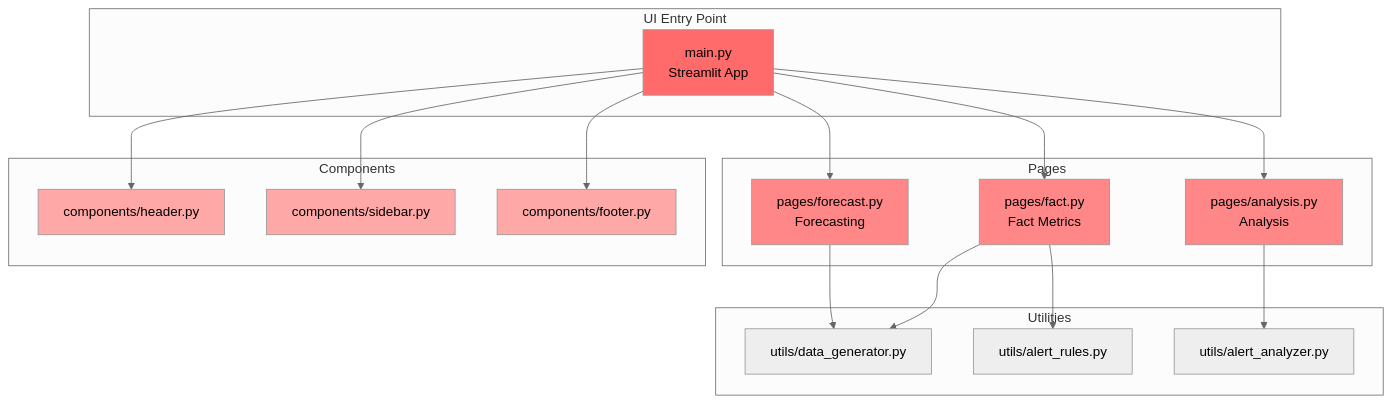
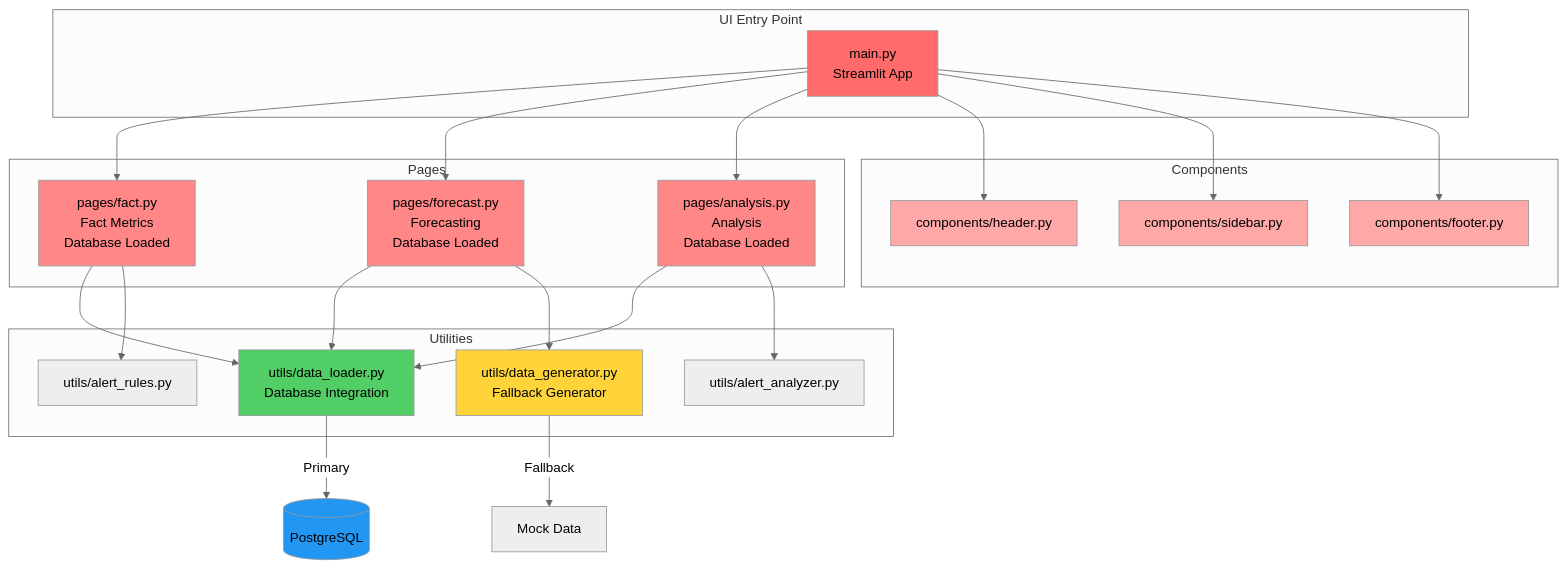
The third of 16 diagrams in docs/ARCHITECTURE.md (sweetd0vee/dashboard), drawn with Mermaid (neutral theme) before and after one commit. The commit also changed other lines of this file, not shown here.

Commit message:
added architecture

````diff
--- a/docs/ARCHITECTURE.md
+++ b/docs/ARCHITECTURE.md
@@ -136,44 +167,53 @@
 ```mermaid
 graph TB
     subgraph "UI Entry Point"
         MainUI[main.py<br/>Streamlit App]
     end
     
     subgraph "Pages"
-        Fact[pages/fact.py<br/>Fact Metrics]
-        Forecast[pages/forecast.py<br/>Forecasting]
-        Analysis[pages/analysis.py<br/>Analysis]
+        Fact[pages/fact.py<br/>Fact Metrics<br/>Database Loaded]
+        Forecast[pages/forecast.py<br/>Forecasting<br/>Database Loaded]
+        Analysis[pages/analysis.py<br/>Analysis<br/>Database Loaded]
     end
     
     subgraph "Components"
         Header[components/header.py]
         Sidebar[components/sidebar.py]
         Footer[components/footer.py]
     end
     
     subgraph "Utilities"
-        DataGen[utils/data_generator.py]
+        DataLoader[utils/data_loader.py<br/>Database Integration]
+        DataGen[utils/data_generator.py<br/>Fallback Generator]
         Alerts[utils/alert_rules.py]
         Analyzer[utils/alert_analyzer.py]
     end
     
     MainUI --> Fact
     MainUI --> Forecast
     MainUI --> Analysis
     MainUI --> Header
     MainUI --> Sidebar
     MainUI --> Footer
     
-    Fact --> DataGen
+    Fact --> DataLoader
     Fact --> Alerts
+    Forecast --> DataLoader
     Forecast --> DataGen
+    Analysis --> DataLoader
     Analysis --> Analyzer
+    
+    DataLoader -->|Primary| DB[(PostgreSQL)]
+    DataGen -->|Fallback| MockData[Mock Data]
     
     style MainUI fill:#ff6b6b
     style Fact fill:#ff8787
     style Forecast fill:#ff8787
     style Analysis fill:#ff8787
     style Header fill:#ffa8a8
     style Sidebar fill:#ffa8a8
     style Footer fill:#ffa8a8
+    style DataLoader fill:#51cf66
+    style DataGen fill:#ffd43b
+    style DB fill:#2196f3
 ```
````
